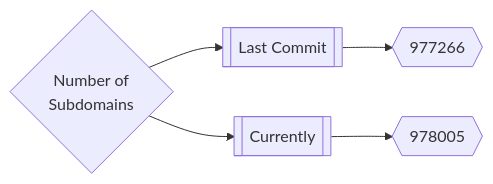
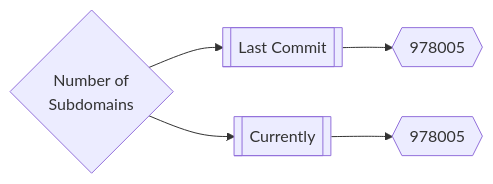
Before and after one commit to trickest/inventory: the first of 3 diagrams in README.md, drawn with Mermaid.

Commit message:
Update README.md Tue Jul 26 21:14:56 UTC 2022

````diff
--- a/README.md
+++ b/README.md
@@ -167,5 +167,5 @@
 ```mermaid
 graph LR
-title{Number of<br>Subdomains} --> subdomainsDate1[[Last Commit]] --> subdomainsNum1{{977266}}
+title{Number of<br>Subdomains} --> subdomainsDate1[[Last Commit]] --> subdomainsNum1{{978005}}
 title --> subdomainsDate2[[Currently]] --> subdomainsNum2{{978005}}
 ```
````
